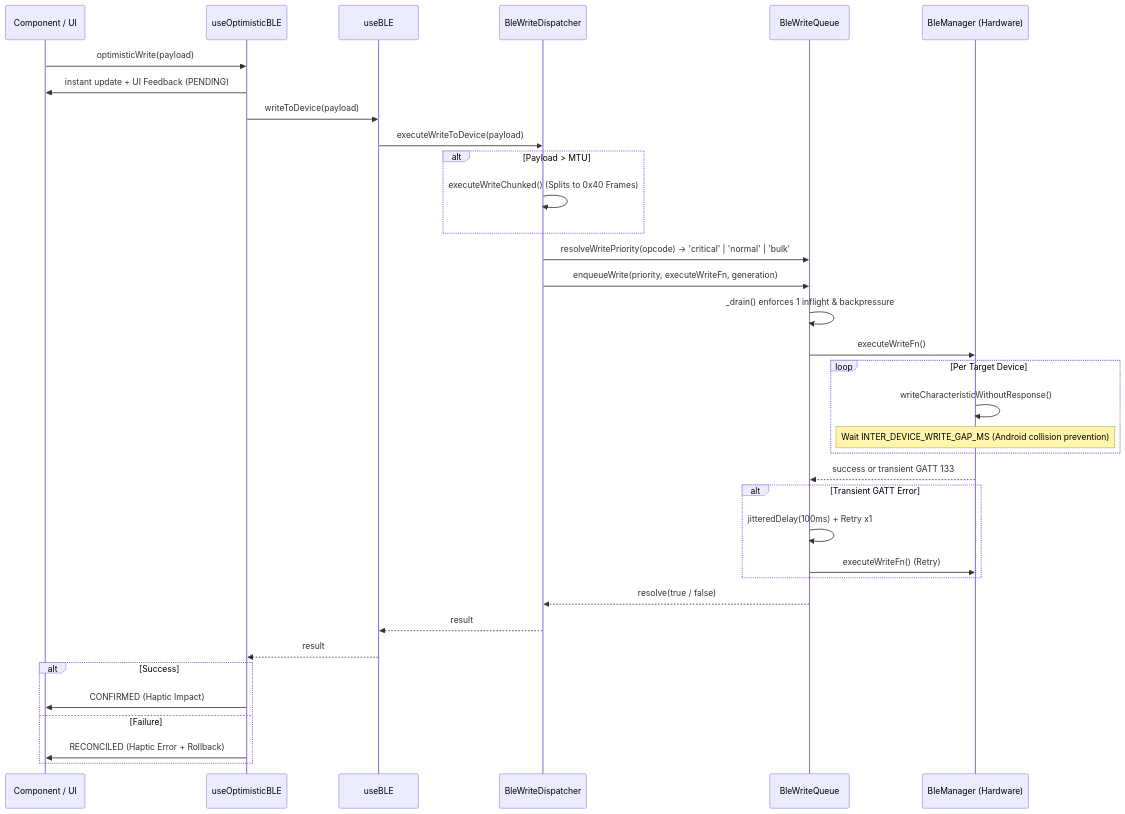
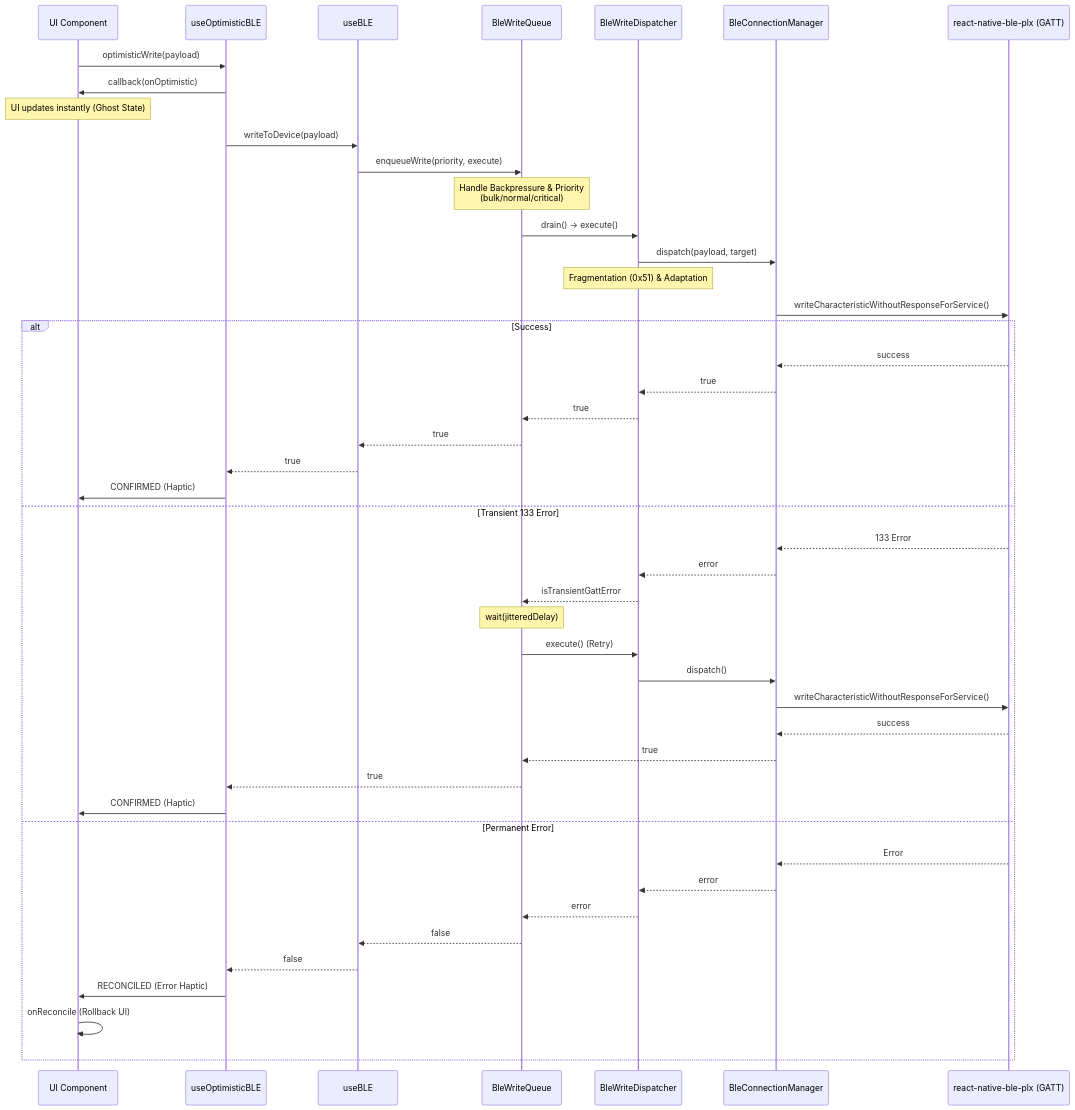
One commit to Neogleamz/SK8Lytz changed the third of 24 diagrams in docs/SK8Lytz_App_Master_Reference.md. Above: the diagram before and after it, drawn with Mermaid. The commit also changed other lines of this file and 7 other files, not shown here.

````diff
--- a/docs/SK8Lytz_App_Master_Reference.md
+++ b/docs/SK8Lytz_App_Master_Reference.md
@@ -1271,45 +1247,53 @@
 ```mermaid
 sequenceDiagram
-    participant UI as Component / UI
-    participant OBLE as useOptimisticBLE
-    participant UBLE as useBLE
-    participant BWD as BleWriteDispatcher
-    participant BWQ as BleWriteQueue
-    participant GATT as BleManager (Hardware)
-
-    UI->>OBLE: optimisticWrite(payload)
-    OBLE->>UI: instant update + UI Feedback (PENDING)
-    OBLE->>UBLE: writeToDevice(payload)
-    UBLE->>BWD: executeWriteToDevice(payload)
+    participant UI as UI Component
+    participant OUI as useOptimisticBLE
+    participant Hook as useBLE
+    participant Queue as BleWriteQueue
+    participant Disp as BleWriteDispatcher
+    participant CM as BleConnectionManager
+    participant GATT as react-native-ble-plx (GATT)
     
-    alt Payload > MTU
-        BWD->>BWD: executeWriteChunked() (Splits to 0x40 Frames)
-    end
+    UI->>OUI: optimisticWrite(payload)
+    OUI->>UI: callback(onOptimistic)
+    Note over UI: UI updates instantly (Ghost State)
     
-    BWD->>BWQ: resolveWritePriority(opcode) -> 'critical' | 'normal' | 'bulk'
-    BWD->>BWQ: enqueueWrite(priority, executeWriteFn, generation)
+    OUI->>Hook: writeToDevice(payload)
+    Hook->>Queue: enqueueWrite(priority, execute)
+    Note over Queue: Handle Backpressure & Priority<br/>(bulk/normal/critical)
     
-    BWQ->>BWQ: _drain() enforces 1 inflight & backpressure
-    BWQ->>GATT: executeWriteFn()
+    Queue->>Disp: drain() -> execute()
+    Disp->>CM: dispatch(payload, target)
+    Note over Disp: Fragmentation (0x51) & Adaptation
     
-    loop Per Target Device
-        GATT->>GATT: writeCharacteristicWithoutResponse()
-        note over GATT: Wait INTER_DEVICE_WRITE_GAP_MS (Android collision prevention)
-    end
-    
-    GATT-->>BWQ: success or transient GATT 133
-    alt Transient GATT Error
-        BWQ->>BWQ: jitteredDelay(100ms) + Retry x1
-        BWQ->>GATT: executeWriteFn() (Retry)
-    end
-    
-    BWQ-->>BWD: resolve(true / false)
-    BWD-->>UBLE: result
-    UBLE-->>OBLE: result
+    CM->>GATT: writeCharacteristicWithoutResponseForService()
     
     alt Success
-        OBLE->>UI: CONFIRMED (Haptic Impact)
-    else Failure
-        OBLE->>UI: RECONCILED (Haptic Error + Rollback)
+        GATT-->>CM: success
+        CM-->>Disp: true
+        Disp-->>Queue: true
+        Queue-->>Hook: true
+        Hook-->>OUI: true
+        OUI->>UI: CONFIRMED (Haptic)
+    else Transient 133 Error
+        GATT-->>CM: 133 Error
+        CM-->>Disp: error
+        Disp-->>Queue: isTransientGattError
+        Note over Queue: wait(jitteredDelay)
+        Queue->>Disp: execute() (Retry)
+        Disp->>CM: dispatch()
+        CM->>GATT: writeCharacteristicWithoutResponseForService()
+        GATT-->>CM: success
+        CM-->>Queue: true
+        Queue-->>OUI: true
+        OUI->>UI: CONFIRMED (Haptic)
+    else Permanent Error
+        GATT-->>CM: Error
+        CM-->>Disp: error
+        Disp-->>Queue: error
+        Queue-->>Hook: false
+        Hook-->>OUI: false
+        OUI->>UI: RECONCILED (Error Haptic)
+        UI->>UI: onReconcile (Rollback UI)
     end
 ```
````
